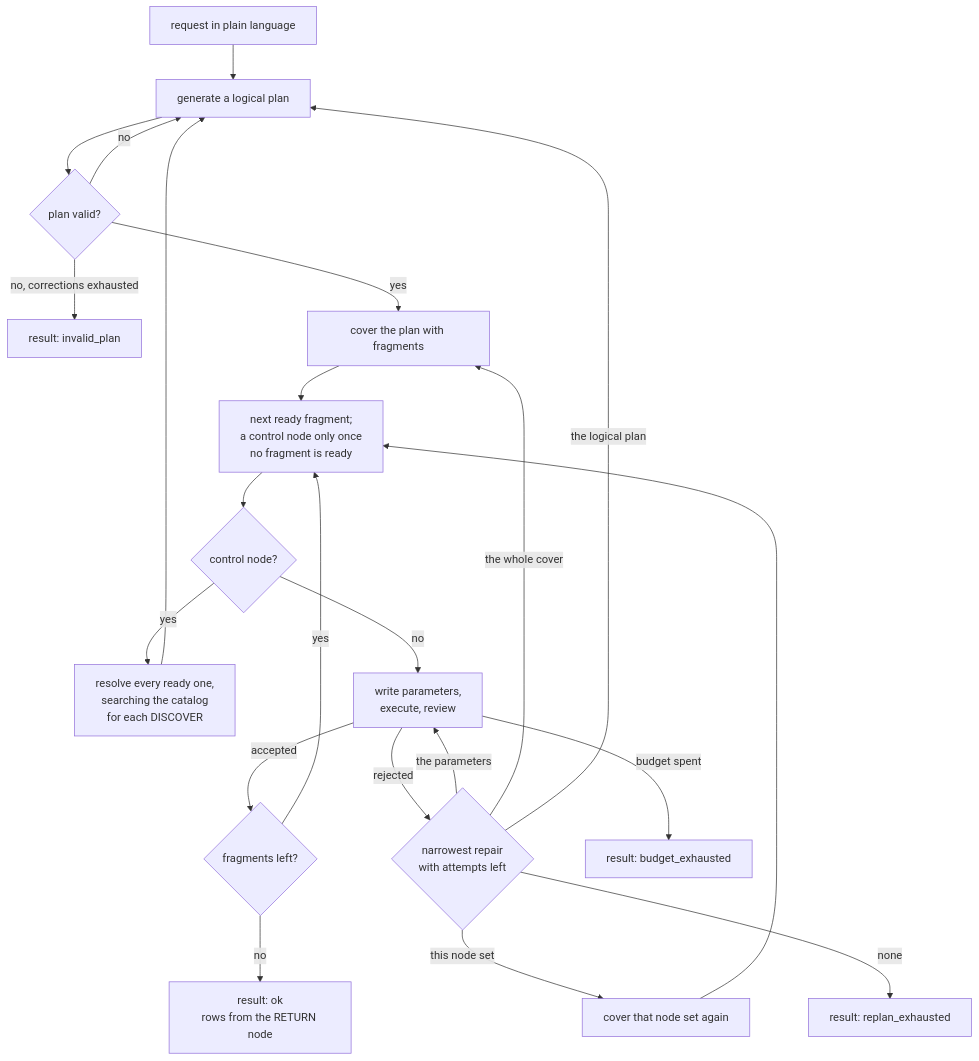
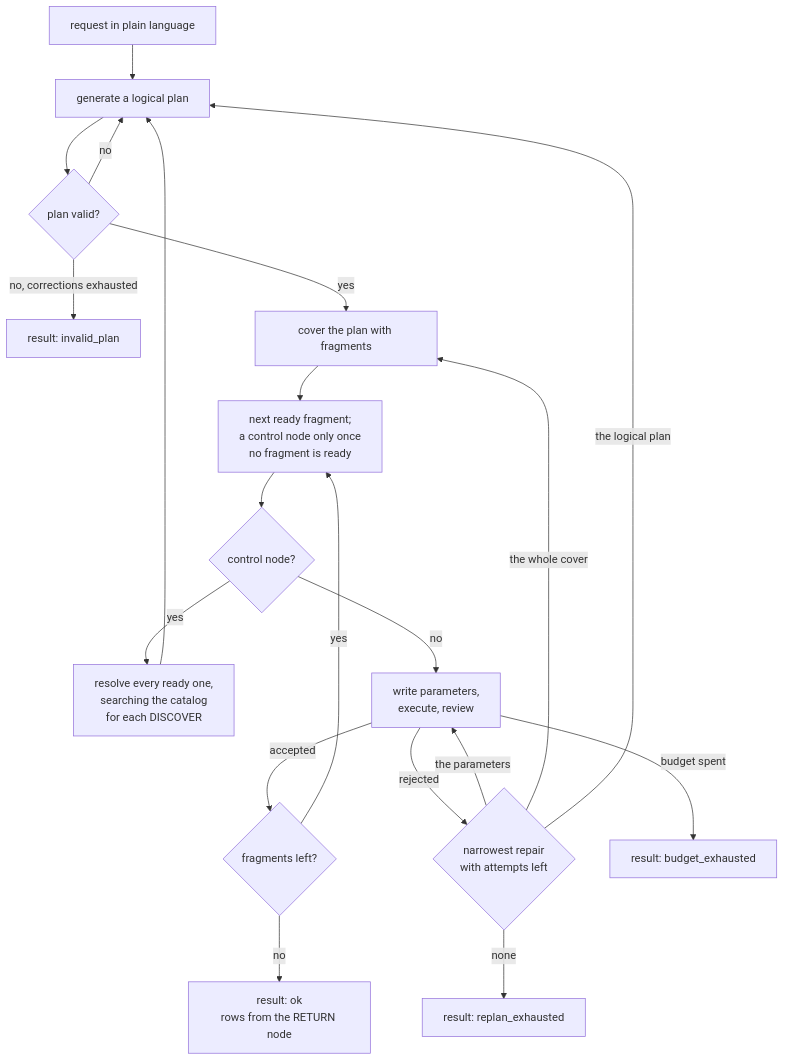
The diagram in design/04-detailed-architecture.md (megagonlabs/blue-data-planner), drawn with Mermaid before and after one commit. The commit also changed other lines of this file and 11 other files, not shown here.

````diff
--- a/design/04-detailed-architecture.md
+++ b/design/04-detailed-architecture.md
@@ -9,24 +9,22 @@
 ```mermaid
 flowchart TB
     REQ["request in plain language"] --> GEN["generate a logical plan"]
     GEN --> VAL{"plan valid?"}
     VAL -->|no| GEN
     VAL -->|"no, corrections exhausted"| FAILP["result: invalid_plan"]
     VAL -->|yes| COVER["cover the plan with fragments"]
     COVER --> SCHED["next ready fragment;<br/>a control node only once<br/>no fragment is ready"]
     SCHED --> CTRL{"control node?"}
     CTRL -->|yes| SEARCH["resolve every ready one,<br/>searching the catalog<br/>for each DISCOVER"]
     SEARCH --> GEN
     CTRL -->|no| RUN["write parameters,<br/>execute, review"]
     RUN -->|accepted| MORE{"fragments left?"}
     MORE -->|yes| SCHED
     MORE -->|no| ANS["result: ok<br/>rows from the RETURN node"]
     RUN -->|rejected| REPAIR{"narrowest repair<br/>with attempts left"}
     REPAIR -->|"the parameters"| RUN
-    REPAIR -->|"this node set"| RECOVER["cover that node set again"]
-    RECOVER --> SCHED
     REPAIR -->|"the whole cover"| COVER
     REPAIR -->|"the logical plan"| GEN
     REPAIR -->|none| FAILG["result: replan_exhausted"]
     RUN -->|"budget spent"| FAILB["result: budget_exhausted"]
 ```
````
